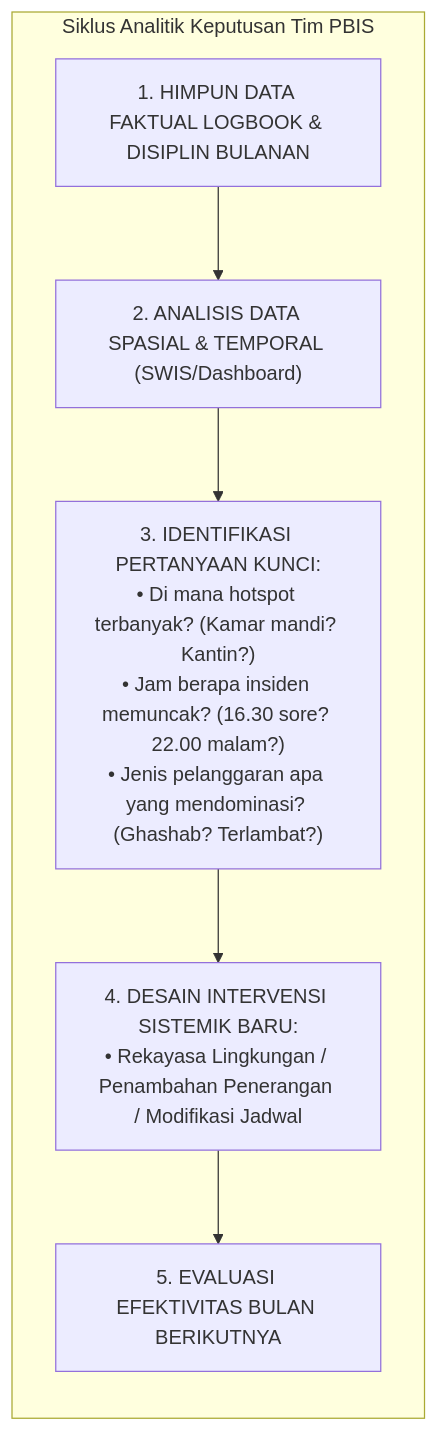
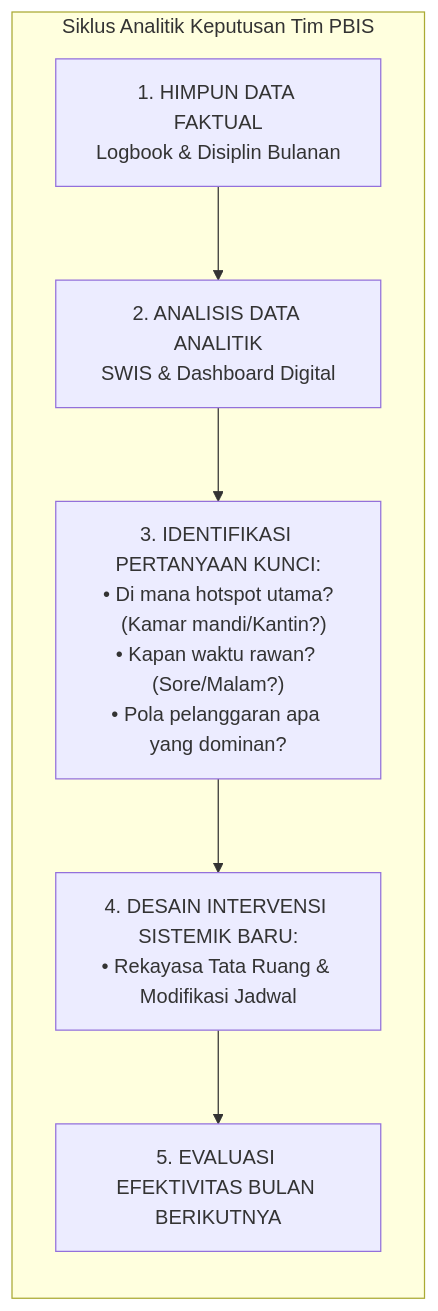
Before and after one commit to wandiapriliyandi/tumbuh: the third of 3 diagrams in BOOK Series 1/01-The-Fundamental-of-TUMBUH/Bab-18-Arsitektur-Intervensi-Bertingkat-PBIS-Pesantren.md, drawn with Mermaid. The commit also changed other lines of this file and 37 other files, not shown here.

Commit message:
fix(book-01): optimasi pemenggalan teks dan overflow seluruh diagram serta render ulang 20 PDF

````diff
--- a/BOOK Series 1/01-The-Fundamental-of-TUMBUH/Bab-18-Arsitektur-Intervensi-Bertingkat-PBIS-Pesantren.md
+++ b/BOOK Series 1/01-The-Fundamental-of-TUMBUH/Bab-18-Arsitektur-Intervensi-Bertingkat-PBIS-Pesantren.md
@@ -197,10 +197,10 @@
 ```mermaid
 graph TD
     subgraph SIKLUS_DATA_PBIS["Siklus Analitik Keputusan Tim PBIS"]
         direction TB
-        D["1. HIMPUN DATA FAKTUAL LOGBOOK & DISIPLIN BULANAN"] --> A["2. ANALISIS DATA SPASIAL & TEMPORAL (SWIS/Dashboard)"]
-        A --> T["3. IDENTIFIKASI PERTANYAAN KUNCI:<br/>• Di mana hotspot terbanyak? (Kamar mandi? Kantin?)<br/>• Jam berapa insiden memuncak? (16.30 sore? 22.00 malam?)<br/>• Jenis pelanggaran apa yang mendominasi? (Ghashab? Terlambat?)"]
-        T --> I["4. DESAIN INTERVENSI SISTEMIK BARU:<br/>• Rekayasa Lingkungan / Penambahan Penerangan / Modifikasi Jadwal"]
+        D["1. HIMPUN DATA FAKTUAL<br/>Logbook & Disiplin Bulanan"] --> A["2. ANALISIS DATA ANALITIK<br/>SWIS & Dashboard Digital"]
+        A --> T["3. IDENTIFIKASI PERTANYAAN KUNCI:<br/>• Di mana hotspot utama?<br/>  (Kamar mandi/Kantin?)<br/>• Kapan waktu rawan? (Sore/Malam?)<br/>• Pola pelanggaran apa yang dominan?"]
+        T --> I["4. DESAIN INTERVENSI SISTEMIK BARU:<br/>• Rekayasa Tata Ruang & Modifikasi Jadwal"]
         I --> E["5. EVALUASI EFEKTIVITAS BULAN BERIKUTNYA"]
     end
 ```
````
